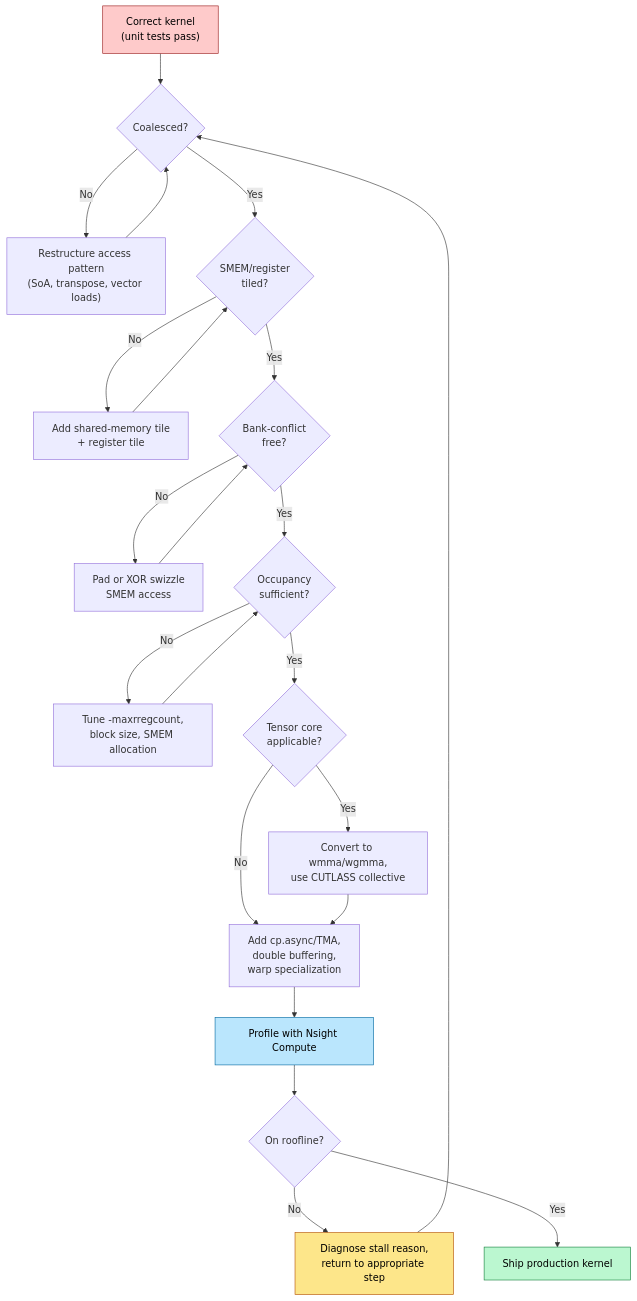
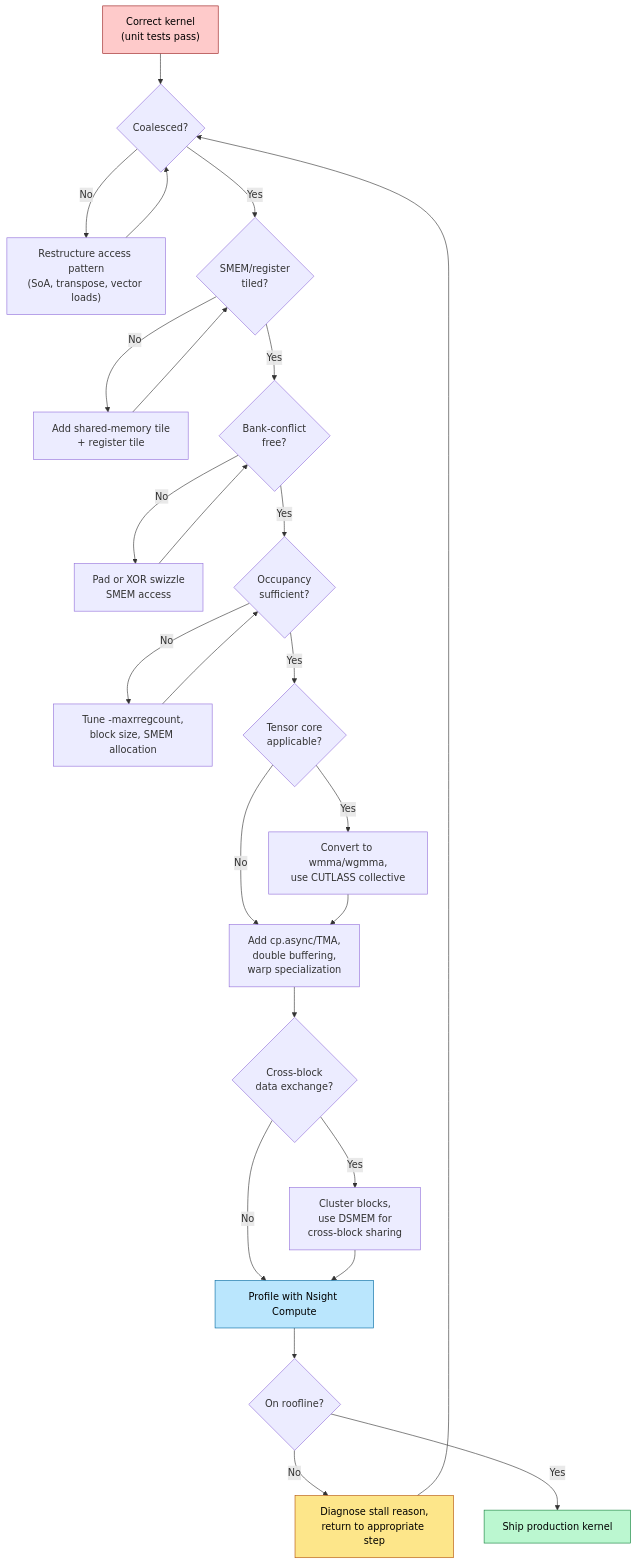
The sixth of 6 diagrams in ai_infra/L5_Kernels_and_Programming/CUDA_Optimization.md (Wty2003328/ai_infra_intro), drawn with Mermaid before and after one commit. The commit also changed other lines of this file and 62 other files, not shown here.

````diff
--- a/ai_infra/L5_Kernels_and_Programming/CUDA_Optimization.md
+++ b/ai_infra/L5_Kernels_and_Programming/CUDA_Optimization.md
@@ -706,30 +987,33 @@
 ```mermaid
 flowchart TD
     START["Correct kernel<br/>(unit tests pass)"] --> COAL{"Coalesced?"}
     COAL -->|No| FIX_C["Restructure access pattern<br/>(SoA, transpose, vector loads)"]
     FIX_C --> COAL
     COAL -->|Yes| TILE{"SMEM/register<br/>tiled?"}
     TILE -->|No| FIX_T["Add shared-memory tile<br/>+ register tile"]
     FIX_T --> TILE
     TILE -->|Yes| BANK{"Bank-conflict<br/>free?"}
     BANK -->|No| FIX_B["Pad or XOR swizzle<br/>SMEM access"]
     FIX_B --> BANK
     BANK -->|Yes| OCC{"Occupancy<br/>sufficient?"}
     OCC -->|No| FIX_O["Tune -maxrregcount,<br/>block size, SMEM allocation"]
     FIX_O --> OCC
     OCC -->|Yes| TC{"Tensor core<br/>applicable?"}
     TC -->|Yes| FIX_TC["Convert to wmma/wgmma,<br/>use CUTLASS collective"]
     TC -->|No| ASYNC
     FIX_TC --> ASYNC
     ASYNC["Add cp.async/TMA,<br/>double buffering,<br/>warp specialization"]
-    ASYNC --> PROF["Profile with Nsight Compute"]
+    ASYNC --> CLUSTER{"Cross-block<br/>data exchange?"}
+    CLUSTER -->|Yes| FIX_CL["Cluster blocks,<br/>use DSMEM for<br/>cross-block sharing"]
+    CLUSTER -->|No| PROF
+    FIX_CL --> PROF["Profile with Nsight Compute"]
     PROF --> DONE{"On roofline?"}
     DONE -->|No| DIAG["Diagnose stall reason,<br/>return to appropriate step"]
     DIAG --> COAL
     DONE -->|Yes| SHIP["Ship production kernel"]
 
     style START fill:#fecaca,stroke:#991b1b,color:#000
     style SHIP fill:#bbf7d0,stroke:#15803d,color:#000
     style PROF fill:#bae6fd,stroke:#0369a1,color:#000
     style DIAG fill:#fde68a,stroke:#b45309,color:#000
 ```
````
